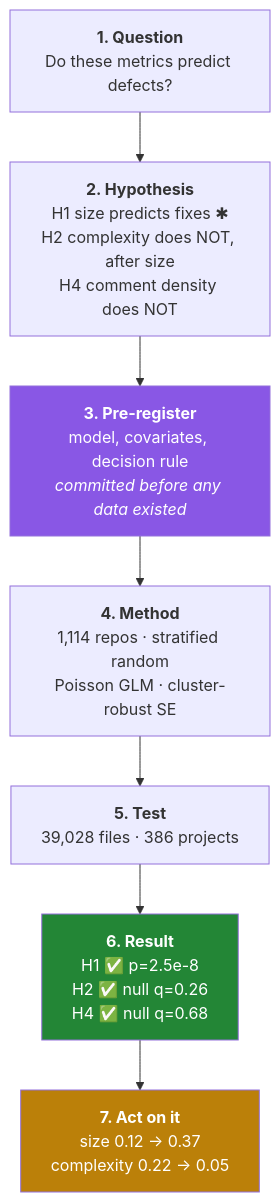
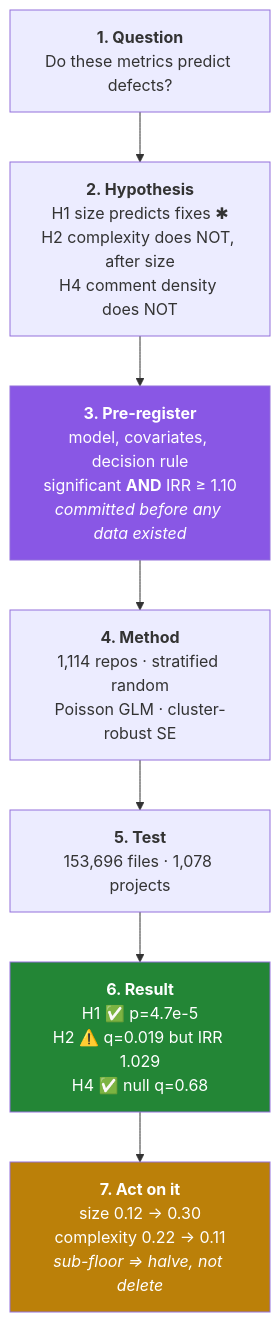
One commit to arjunmukeshh/seenit changed the second of 3 diagrams in README.md. Above: the diagram before and after it, drawn with Mermaid. The commit also changed other lines of this file and 1 other file, not shown here.

````diff
--- a/README.md
+++ b/README.md
@@ -105,13 +105,13 @@
 ```mermaid
 flowchart TD
     Q["<b>1. Question</b><br/>Do these metrics predict defects?"] --> H
     H["<b>2. Hypothesis</b><br/>H1 size predicts fixes ✱<br/>H2 complexity does NOT, after size<br/>H4 comment density does NOT"] --> P
-    P["<b>3. Pre-register</b><br/>model, covariates, decision rule<br/><i>committed before any data existed</i>"] --> M
+    P["<b>3. Pre-register</b><br/>model, covariates, decision rule<br/>significant <b>AND</b> IRR ≥ 1.10<br/><i>committed before any data existed</i>"] --> M
     M["<b>4. Method</b><br/>1,114 repos · stratified random<br/>Poisson GLM · cluster-robust SE"] --> T
-    T["<b>5. Test</b><br/>39,028 files · 386 projects"] --> R
-    R["<b>6. Result</b><br/>H1 ✅ p=2.5e-8<br/>H2 ✅ null q=0.26<br/>H4 ✅ null q=0.68"] --> C
-    C["<b>7. Act on it</b><br/>size 0.12 → 0.37<br/>complexity 0.22 → 0.05"]
+    T["<b>5. Test</b><br/>153,696 files · 1,078 projects"] --> R
+    R["<b>6. Result</b><br/>H1 ✅ p=4.7e-5<br/>H2 ⚠️ q=0.019 but IRR 1.029<br/>H4 ✅ null q=0.68"] --> C
+    C["<b>7. Act on it</b><br/>size 0.12 → 0.30<br/>complexity 0.22 → 0.11<br/><i>sub-floor ⇒ halve, not delete</i>"]
     style P fill:#8957e5,color:#fff
     style R fill:#238636,color:#fff
     style C fill:#bb8009,color:#fff
 ```
````
